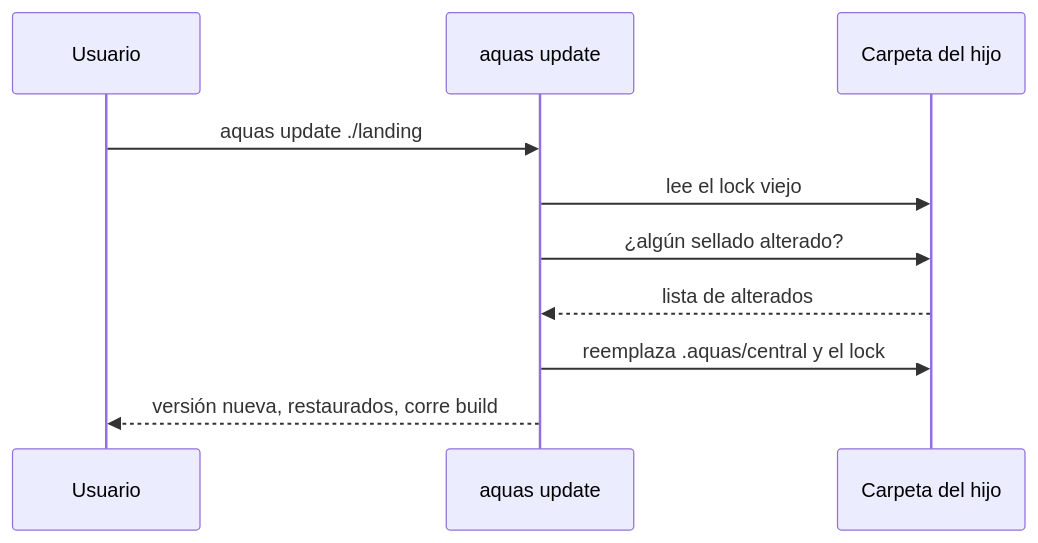
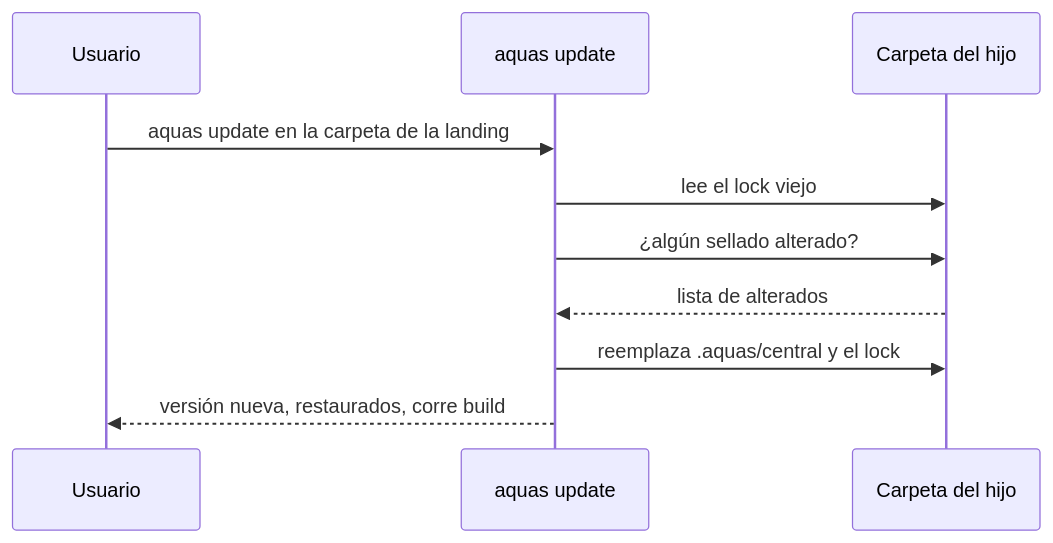
Before and after one commit to jliberal-aquas/aquas-central-harness-government: the diagram in docs/E002/F001/S003.md, drawn with Mermaid. The commit also changed other lines of this file and 15 other files, not shown here.

````diff
--- a/docs/E002/F001/S003.md
+++ b/docs/E002/F001/S003.md
@@ -37,12 +37,12 @@
 ```mermaid
 sequenceDiagram
     participant U as Usuario
     participant A as aquas update
     participant H as Carpeta del hijo
-    U->>A: aquas update ./landing
+    U->>A: aquas update en la carpeta de la landing
     A->>H: lee el lock viejo
     A->>H: ¿algún sellado alterado?
     H-->>A: lista de alterados
     A->>H: reemplaza .aquas/central y el lock
     A-->>U: versión nueva, restaurados, corre build
 ```
````
